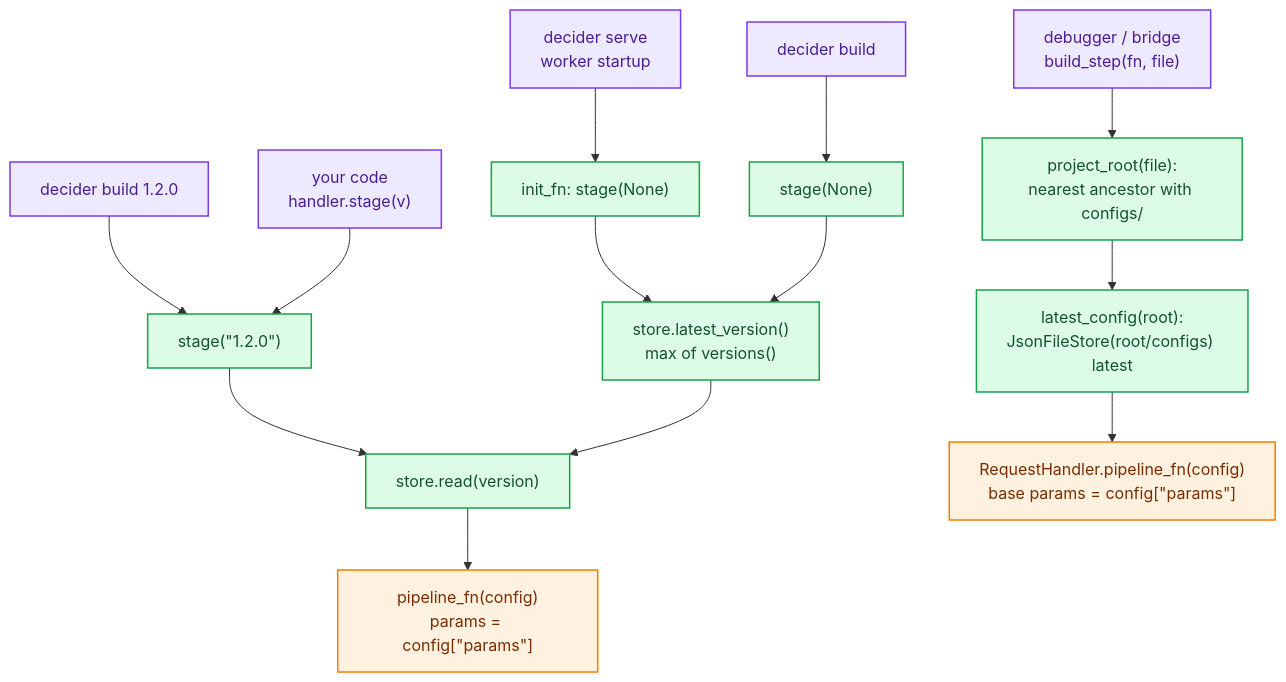
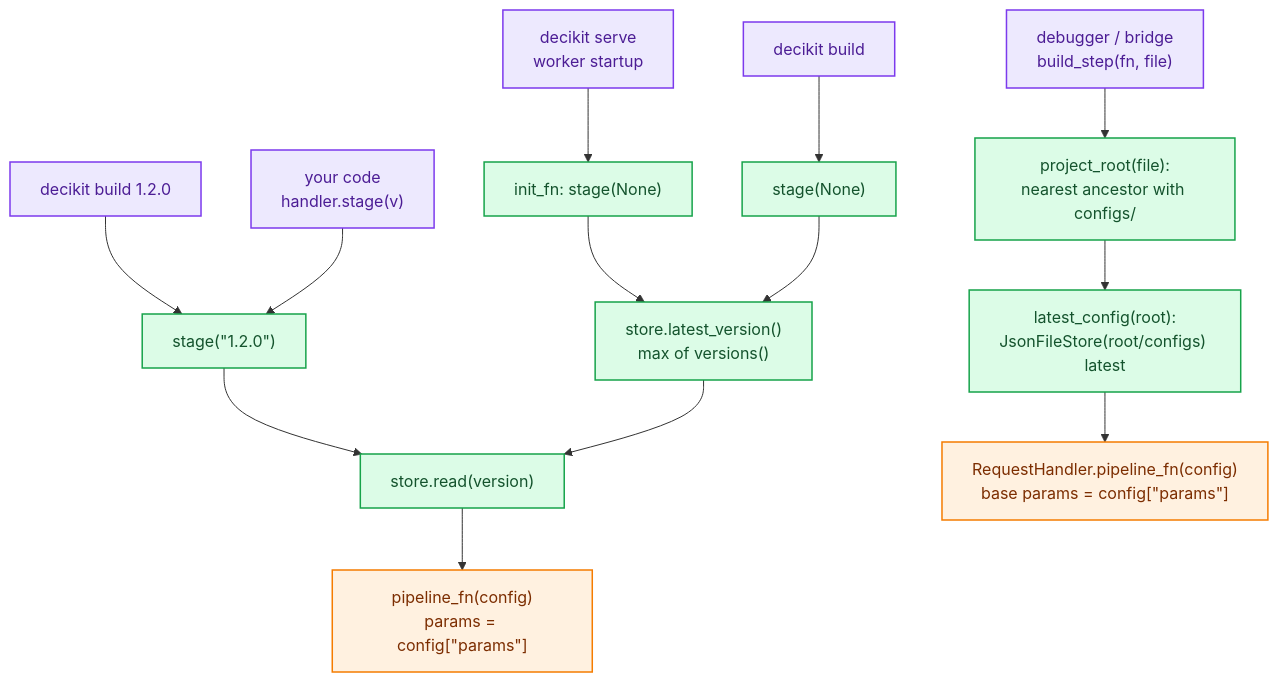
The third of 3 diagrams in docs/architecture/config-store.md (capitec/dsp-decision-engine), drawn with Mermaid before and after one commit. The commit also changed other lines of this file and 1292 other files, not shown here.

Commit message:
rename decider to decikit: package, CLI, DECIKIT_* settings, plugin, extension, docs prose says decider toolkit

````diff
--- a/docs/architecture/config-store.md
+++ b/docs/architecture/config-store.md
@@ -192,21 +192,21 @@
 ```mermaid
 flowchart TD
-    A["decider serve<br/>worker startup"] --> I["init_fn: stage(None)"]
-    B["decider build"] --> BS["stage(None)"]
-    B2["decider build 1.2.0"] --> BV["stage(&quot;1.2.0&quot;)"]
+    A["decikit serve<br/>worker startup"] --> I["init_fn: stage(None)"]
+    B["decikit build"] --> BS["stage(None)"]
+    B2["decikit build 1.2.0"] --> BV["stage(&quot;1.2.0&quot;)"]
     C["your code<br/>handler.stage(v)"] --> BV
     I --> L["store.latest_version()<br/>max of versions()"]
     BS --> L
     BV --> R["store.read(version)"]
     L --> R
     E["debugger / bridge<br/>build_step(fn, file)"] --> P["project_root(file):<br/>nearest ancestor with configs/"]
     P --> LC["latest_config(root):<br/>JsonFileStore(root/configs) latest"]
     R --> H["pipeline_fn(config)<br/>params = config[&quot;params&quot;]"]
     LC --> H2["RequestHandler.pipeline_fn(config)<br/>base params = config[&quot;params&quot;]"]
     classDef tooling fill:#ede9fe,stroke:#7c3aed,color:#4c1d95,stroke-width:1.5px;
     classDef data fill:#dcfce7,stroke:#16a34a,color:#14532d,stroke-width:1.5px;
     classDef authoring fill:#fff1e0,stroke:#f57c00,color:#7c2d00,stroke-width:1.5px;
     class A,B,B2,C,E tooling
     class I,BS,BV,L,R,P,LC data
     class H,H2 authoring
 ```
````
